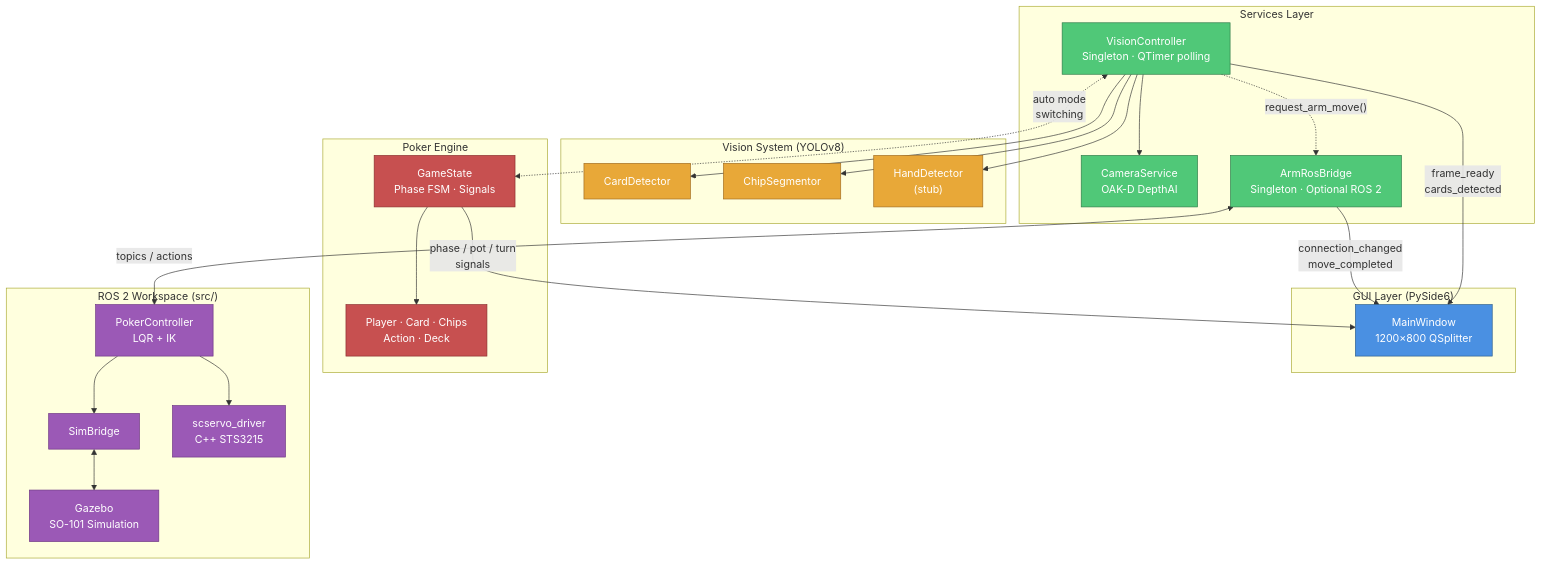
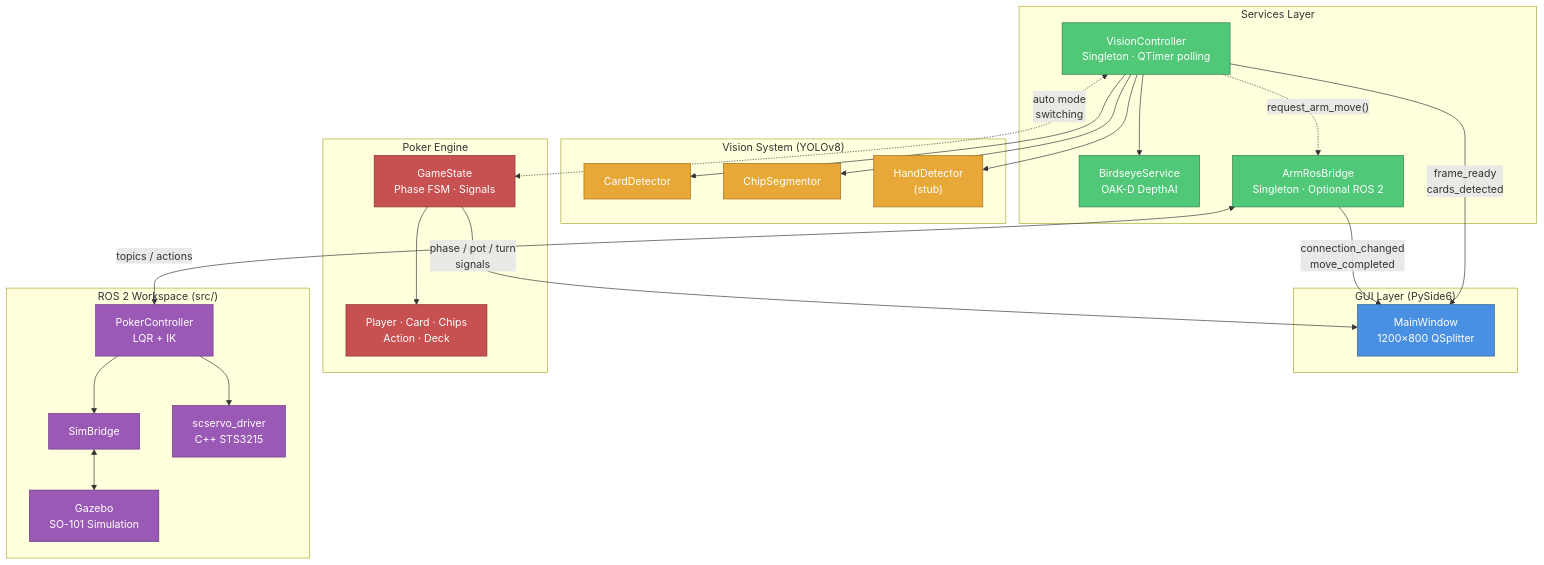
The diagram in docs/diagrams/system-architecture/system-architecture.mmd (jalliet/prap-25-26), drawn with Mermaid before and after one commit. The commit also changed 5 other files, not shown here.

Commit message:
refactor: rename CameraService to BirdseyeService

```diff
--- a/docs/diagrams/system-architecture/system-architecture.mmd
+++ b/docs/diagrams/system-architecture/system-architecture.mmd
@@ -1,58 +1,58 @@
 graph TB
     subgraph GUI["GUI Layer (PySide6)"]
         MW["MainWindow<br/>1200×800 QSplitter"]
     end
 
     subgraph Services["Services Layer"]
         VC["VisionController<br/>Singleton · QTimer polling"]
-        CS["CameraService<br/>OAK-D DepthAI"]
+        CS["BirdseyeService<br/>OAK-D DepthAI"]
         ARB["ArmRosBridge<br/>Singleton · Optional ROS 2"]
     end
 
     subgraph Vision["Vision System (YOLOv8)"]
         CD["CardDetector"]
         CHI["ChipSegmentor"]
         HD["HandDetector<br/>(stub)"]
     end
 
     subgraph Poker["Poker Engine"]
         GS["GameState<br/>Phase FSM · Signals"]
         PM["Player · Card · Chips<br/>Action · Deck"]
     end
 
     subgraph ROS2["ROS 2 Workspace (src/)"]
         CTRL["PokerController<br/>LQR + IK"]
         SB["SimBridge"]
         DRV["scservo_driver<br/>C++ STS3215"]
         GAZ["Gazebo<br/>SO-101 Simulation"]
     end
 
     VC -->|"frame_ready<br/>cards_detected"| MW
     GS -->|"phase / pot / turn<br/>signals"| MW
     ARB -->|"connection_changed<br/>move_completed"| MW
 
     VC --> CS
     VC --> CD
     VC --> CHI
     VC --> HD
     VC <-.->|"auto mode<br/>switching"| GS
     VC -.->|"request_arm_move()"| ARB
 
     GS --> PM
 
     ARB <-->|"topics / actions"| CTRL
     CTRL --> SB
     CTRL --> DRV
     SB <--> GAZ
 
     classDef gui fill:#4A90E2,stroke:#2B5C8A,color:#fff
     classDef svc fill:#50C878,stroke:#2D7A47,color:#fff
     classDef vis fill:#E8A838,stroke:#A06B1F,color:#fff
     classDef poker fill:#C75050,stroke:#8A2D2D,color:#fff
     classDef ros fill:#9B59B6,stroke:#6C3483,color:#fff
 
     class MW gui
     class VC,CS,ARB svc
     class CD,CHI,HD vis
     class GS,PM poker
     class CTRL,SB,DRV,GAZ ros
```
